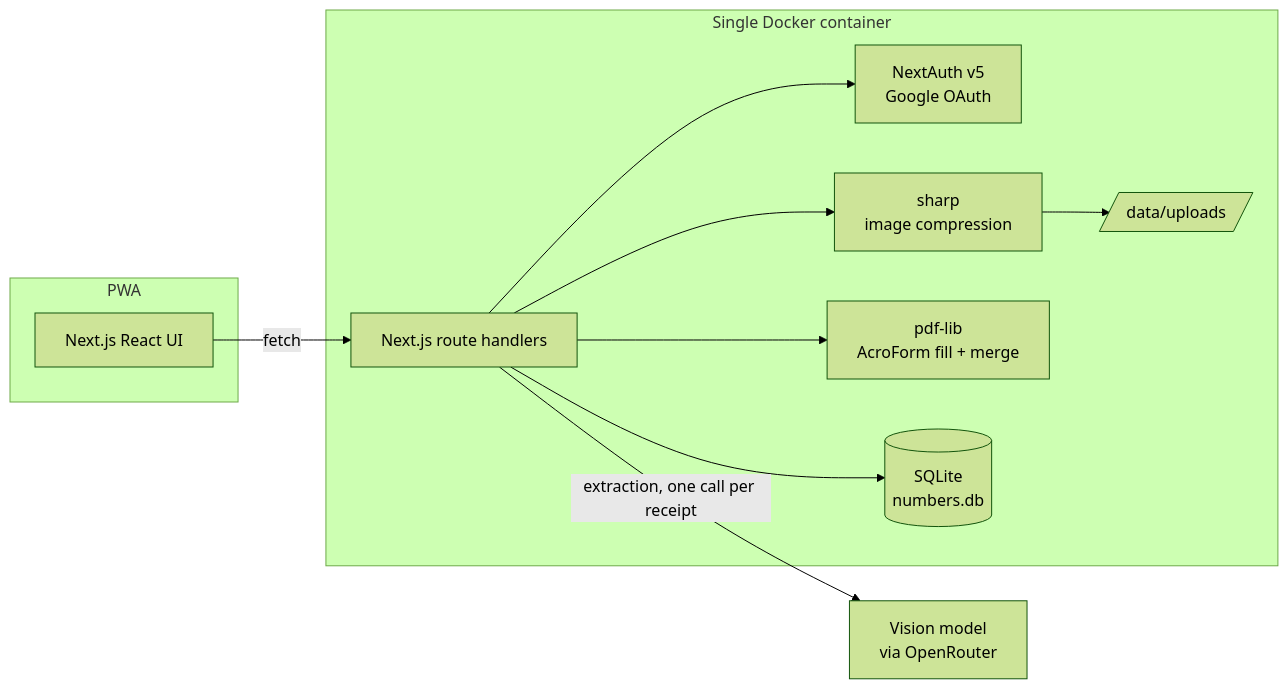
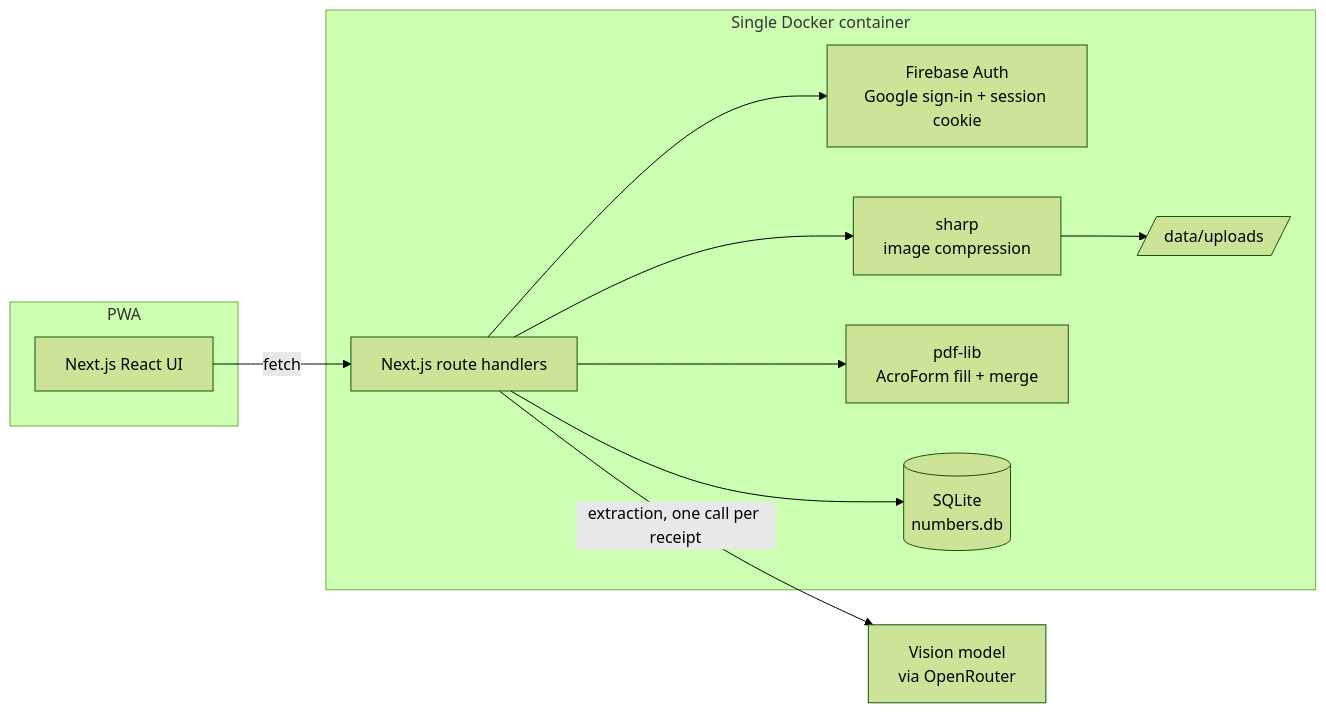
Before and after one commit to vrwarp/numbers: the first of 2 diagrams in docs/DESIGN.md, drawn with Mermaid (forest theme). The commit also changed other lines of this file and 25 other files, not shown here.

First line of the commit message:
Switch authentication from NextAuth to Firebase Auth

````diff
--- a/docs/DESIGN.md
+++ b/docs/DESIGN.md
@@ -41,22 +41,22 @@
 ```mermaid
 flowchart LR
     subgraph Phone/Browser [PWA]
         UI[Next.js React UI]
     end
     subgraph Container [Single Docker container]
         API[Next.js route handlers]
-        AUTH[NextAuth v5<br/>Google OAuth]
+        AUTH[Firebase Auth<br/>Google sign-in + session cookie]
         SHARP[sharp<br/>image compression]
         PDF[pdf-lib<br/>AcroForm fill + merge]
         DB[(SQLite<br/>numbers.db)]
         FS[/data/uploads/]
     end
     LLM[Vision model<br/>via OpenRouter]
 
     UI -->|fetch| API
     API --> AUTH
     API --> SHARP --> FS
     API --> DB
     API -->|extraction, one call per receipt| LLM
     API --> PDF
 ```
````
